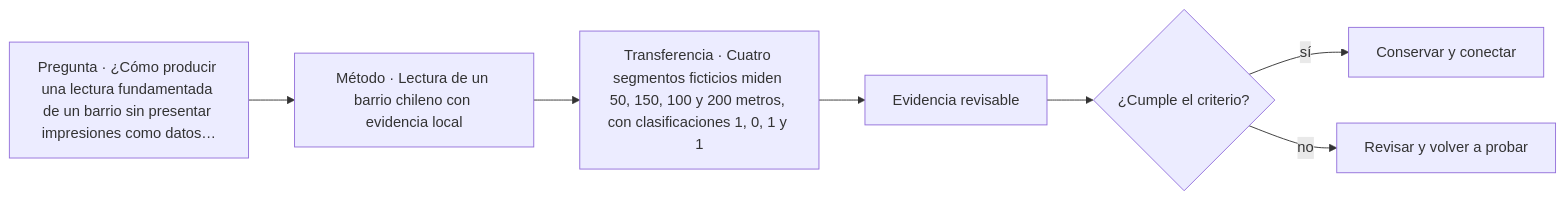
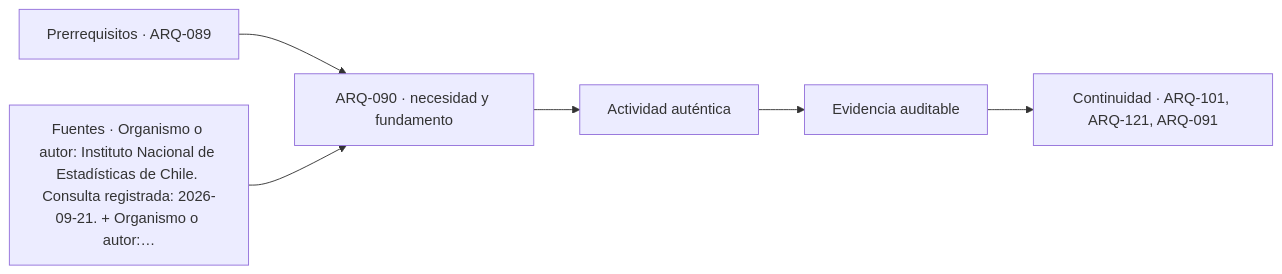
The diagram in classes/parte-09/ARQ-090.md (vladimiracunadev-create/architecture-built-environment-learning-program), drawn with Mermaid before and after one commit. The commit also changed other lines of this file and 761 other files, not shown here.

````diff
--- a/classes/parte-09/ARQ-090.md
+++ b/classes/parte-09/ARQ-090.md
@@ -170,9 +182,8 @@
 ```mermaid
 flowchart LR
-    Q["Pregunta · ¿Cómo producir una lectura fundamentada de un barrio sin presentar impresiones como datos…"] --> M["Método · Lectura de un barrio chileno con evidencia local"]
-    M --> P["Transferencia · Cuatro segmentos ficticios miden 50, 150, 100 y 200 metros, con clasificaciones 1, 0, 1 y 1"]
-    P --> E["Evidencia revisable"]
-    E --> C{"¿Cumple el criterio?"}
-    C -->|sí| T["Conservar y conectar"]
-    C -->|no| R["Revisar y volver a probar"]
+    A["Prerrequisitos · ARQ-089"] --> B["ARQ-090 · necesidad y fundamento"]
+    S["Fuentes · Organismo o autor: Instituto Nacional de Estadísticas de Chile. Consulta registrada: 2026-09-21. + Organismo o autor:…"] --> B
+    B --> C["Actividad auténtica"]
+    C --> D["Evidencia auditable"]
+    D --> E["Continuidad · ARQ-101, ARQ-121, ARQ-091"]
 ```
````
